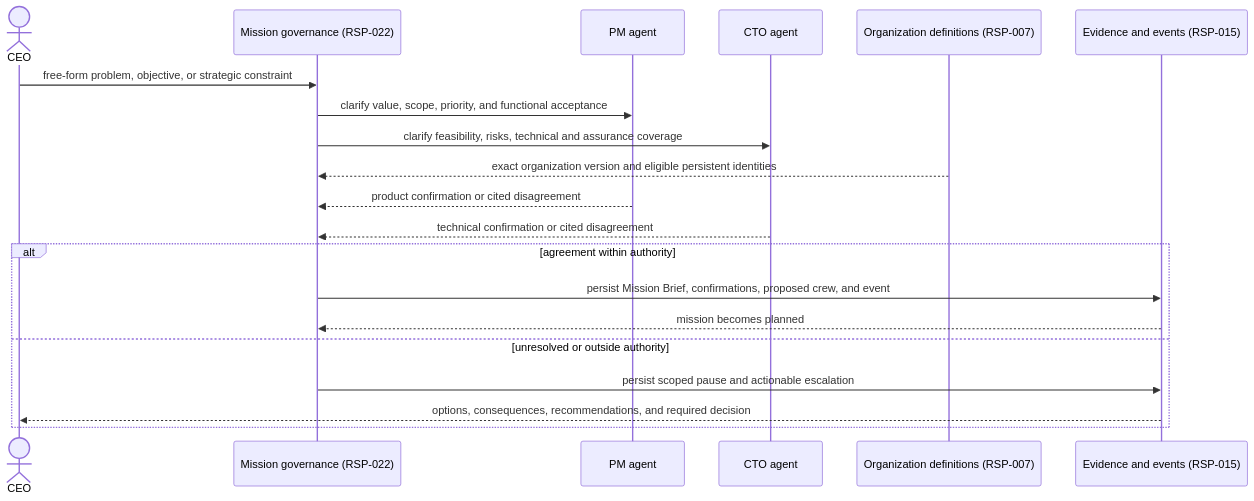
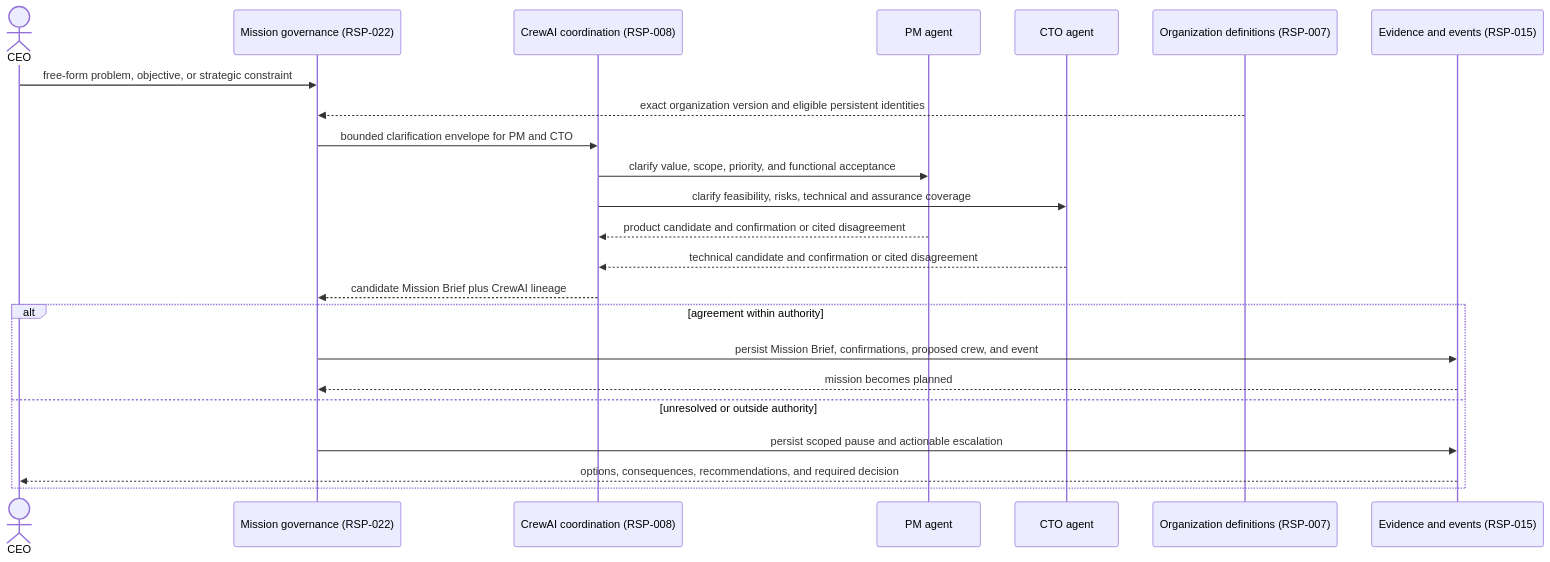
One commit to Y4NN777/mishkan changed the third of 13 diagrams in docs/SYSTEM/MODEL.md. Above: the diagram before and after it, drawn with Mermaid. The commit also changed other lines of this file and 7 other files, not shown here.

````diff
--- a/docs/SYSTEM/MODEL.md
+++ b/docs/SYSTEM/MODEL.md
@@ -102,22 +102,25 @@
 ```mermaid
 sequenceDiagram
     actor CEO
     participant M as Mission governance (RSP-022)
+    participant C as CrewAI coordination (RSP-008)
     participant PM as PM agent
     participant CTO as CTO agent
     participant O as Organization definitions (RSP-007)
     participant V as Evidence and events (RSP-015)
     CEO->>M: free-form problem, objective, or strategic constraint
-    M->>PM: clarify value, scope, priority, and functional acceptance
-    M->>CTO: clarify feasibility, risks, technical and assurance coverage
     O-->>M: exact organization version and eligible persistent identities
-    PM-->>M: product confirmation or cited disagreement
-    CTO-->>M: technical confirmation or cited disagreement
+    M->>C: bounded clarification envelope for PM and CTO
+    C->>PM: clarify value, scope, priority, and functional acceptance
+    C->>CTO: clarify feasibility, risks, technical and assurance coverage
+    PM-->>C: product candidate and confirmation or cited disagreement
+    CTO-->>C: technical candidate and confirmation or cited disagreement
+    C-->>M: candidate Mission Brief plus CrewAI lineage
     alt agreement within authority
         M->>V: persist Mission Brief, confirmations, proposed crew, and event
         V-->>M: mission becomes planned
     else unresolved or outside authority
         M->>V: persist scoped pause and actionable escalation
         V-->>CEO: options, consequences, recommendations, and required decision
     end
 ```
````
